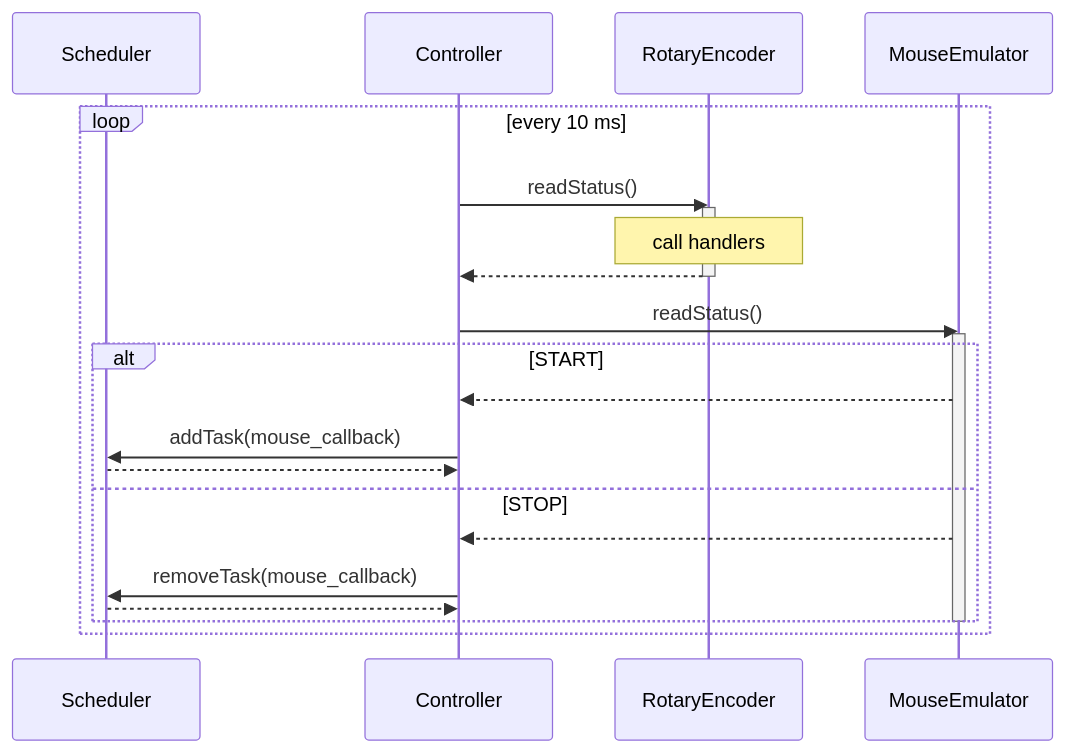
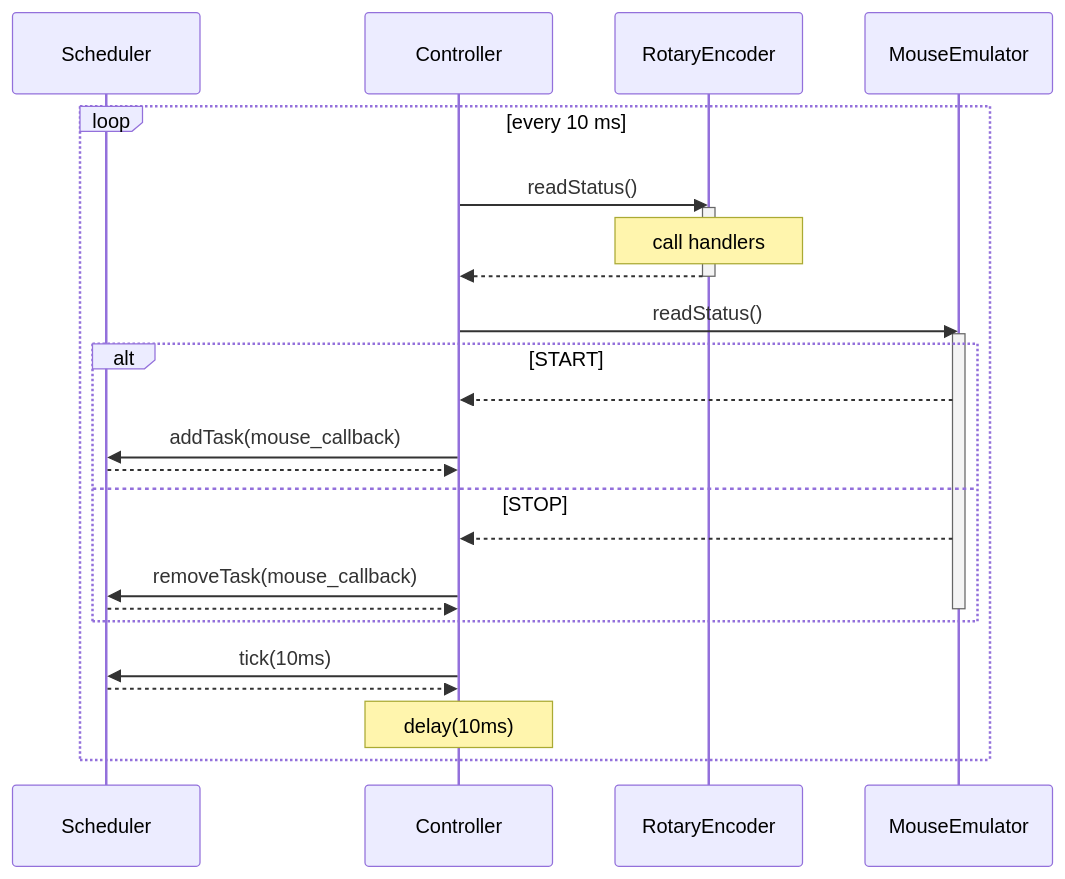
The second of 2 diagrams in volume_control_and_pc_busy_simulator/README.md (aserebryakov/arduino-cpp-components-library), drawn with Mermaid before and after one commit.

Commit message:
VolumeControl: Added tick for scheduler

````diff
--- a/volume_control_and_pc_busy_simulator/README.md
+++ b/volume_control_and_pc_busy_simulator/README.md
@@ -67,29 +67,34 @@
 ```mermaid
 sequenceDiagram
     participant Scheduler
     participant Controller
     participant RotaryEncoder
     participant MouseEmulator
 
     loop every 10 ms
         Controller ->> RotaryEncoder : readStatus()
         activate RotaryEncoder
         note over RotaryEncoder : call handlers
         RotaryEncoder -->> Controller : 
         deactivate RotaryEncoder
 
         Controller ->> MouseEmulator : readStatus()
         activate MouseEmulator
 
         alt START
             MouseEmulator -->> Controller : 
             Controller ->> Scheduler : addTask(mouse_callback)
             Scheduler -->> Controller : 
         else STOP
             MouseEmulator -->> Controller : 
             Controller ->> Scheduler : removeTask(mouse_callback)
-            Scheduler -->> Controller : 
+            Scheduler -->> Controller :
+            deactivate MouseEmulator
         end
-        deactivate MouseEmulator
+
+        Controller ->> Scheduler : tick(10ms)
+        Scheduler -->> Controller : 
+        
+        note over Controller : delay(10ms)
     end
 ```
````
